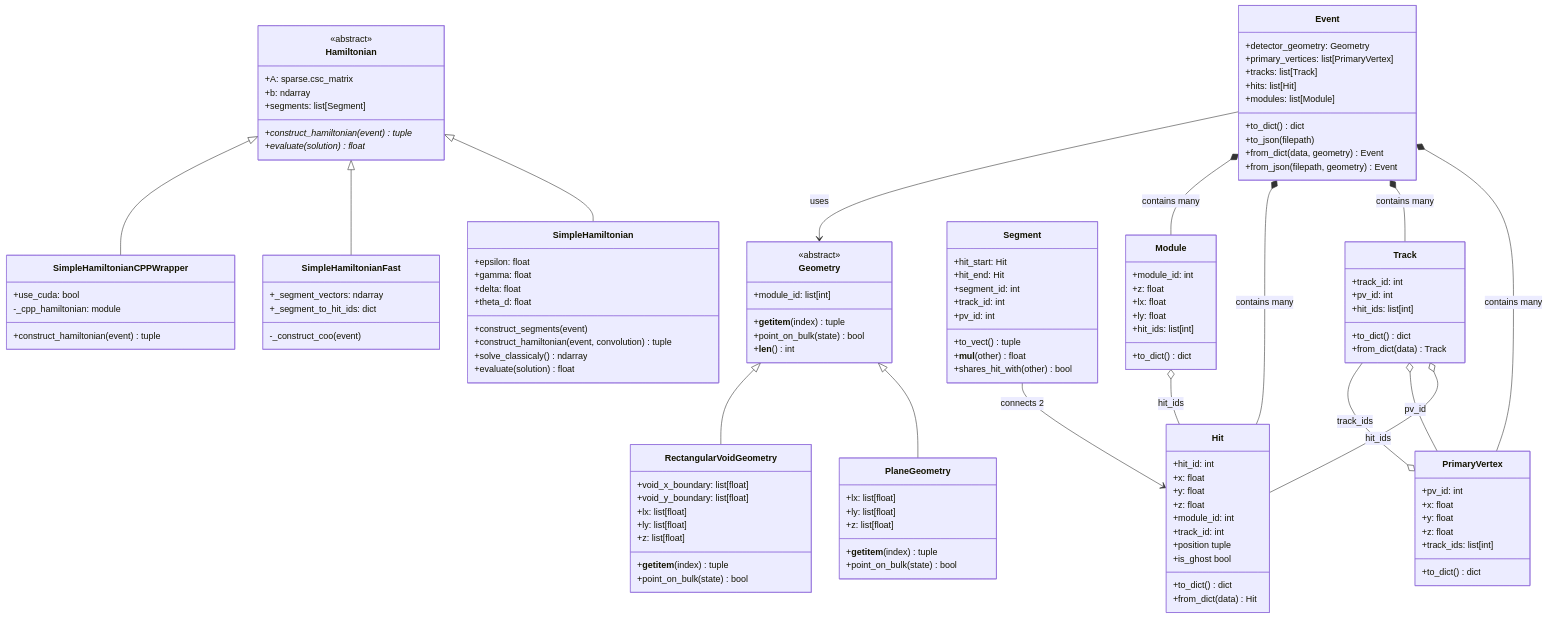
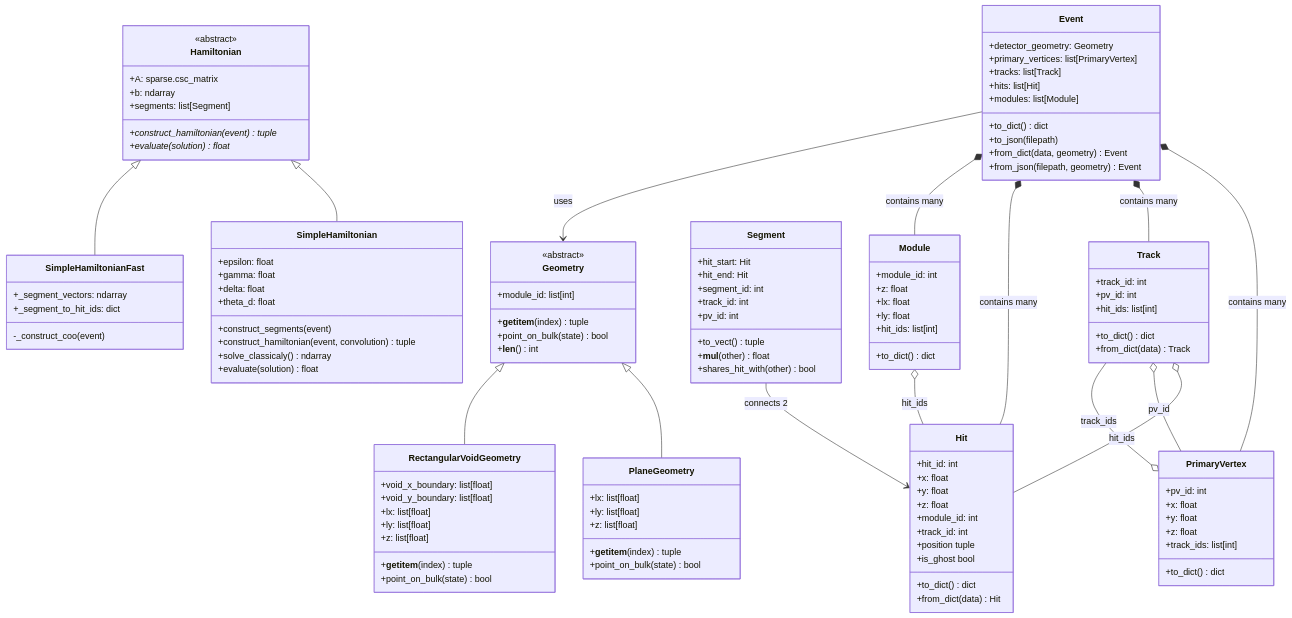
Before and after one commit to GeorgeWilliam1999/LHCb_VeLo_Toy_Model: the third of 13 diagrams in docs/FLOW_DIAGRAMS.md, drawn with Mermaid. The commit also changed other lines of this file and 14 other files, not shown here.

```diff
--- a/docs/FLOW_DIAGRAMS.md
+++ b/docs/FLOW_DIAGRAMS.md
@@ -174,15 +174,8 @@
         -_construct_coo(event)
     }
     
-    class SimpleHamiltonianCPPWrapper {
-        +use_cuda: bool
-        -_cpp_hamiltonian: module
-        +construct_hamiltonian(event) tuple
-    }
-    
     Hamiltonian <|-- SimpleHamiltonian
     Hamiltonian <|-- SimpleHamiltonianFast
-    Hamiltonian <|-- SimpleHamiltonianCPPWrapper
     
     class Hit {
         +hit_id: int
```
